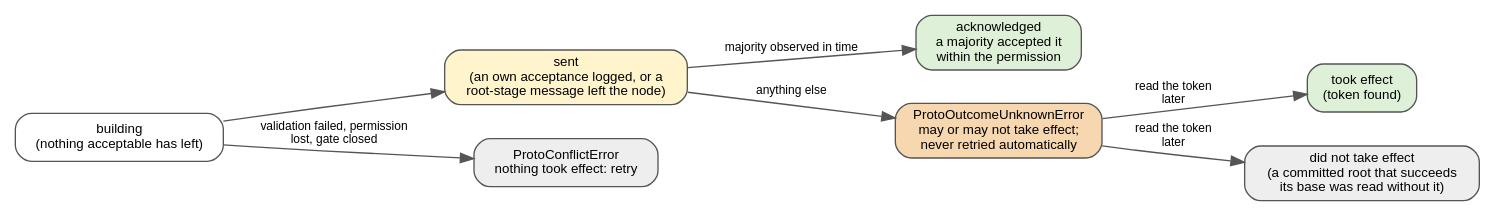
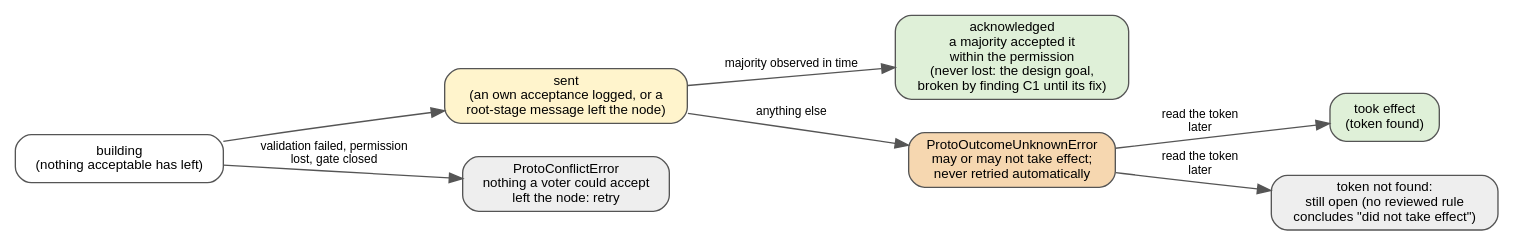
The diagram in docs/source/design-guide/diagrams/unknown-outcome.dot (gamarino/ProtoDB), drawn with Graphviz before and after one commit. The commit also changed 20 other files, not shown here.

```diff
--- a/docs/source/design-guide/diagrams/unknown-outcome.dot
+++ b/docs/source/design-guide/diagrams/unknown-outcome.dot
@@ -1,22 +1,23 @@
 // The outcomes of a cluster commit (D46, D50, D55 H7, R86).
 // Render: dot -Tsvg unknown-outcome.dot -o unknown-outcome.svg
+// TODO(C1-fix): drop the C1 note on "acknowledged" once the fix is merged.
 digraph outcome {
   graph [rankdir=LR, fontname="Helvetica", fontsize=11, nodesep=0.35, ranksep=0.55];
   node  [fontname="Helvetica", fontsize=10, shape=box, style="rounded,filled", fillcolor="#ffffff", color="#555555"];
   edge  [fontname="Helvetica", fontsize=9, color="#555555"];
 
   build   [label="building\n(nothing acceptable has left)"];
   sent    [label="sent\n(an own acceptance logged, or a\nroot-stage message left the node)", fillcolor="#fff4cc"];
-  conflict[label="ProtoConflictError\nnothing took effect: retry", fillcolor="#eeeeee"];
-  acked   [label="acknowledged\na majority accepted it\nwithin the permission", fillcolor="#dff0d8"];
+  conflict[label="ProtoConflictError\nnothing a voter could accept\nleft the node: retry", fillcolor="#eeeeee"];
+  acked   [label="acknowledged\na majority accepted it\nwithin the permission\n(never lost: the design goal,\nbroken by finding C1 until its fix)", fillcolor="#dff0d8"];
   unknown [label="ProtoOutcomeUnknownError\nmay or may not take effect;\nnever retried automatically", fillcolor="#f6d7b0"];
   yes     [label="took effect\n(token found)", fillcolor="#dff0d8"];
-  no      [label="did not take effect\n(a committed root that succeeds\nits base was read without it)", fillcolor="#eeeeee"];
+  open    [label="token not found:\nstill open (no reviewed rule\nconcludes \"did not take effect\")", fillcolor="#eeeeee"];
 
   build -> conflict [label="validation failed, permission\nlost, gate closed"];
   build -> sent;
   sent -> acked     [label="majority observed in time"];
   sent -> unknown   [label="anything else"];
   unknown -> yes    [label="read the token\nlater"];
-  unknown -> no     [label="read the token\nlater"];
+  unknown -> open   [label="read the token\nlater"];
 }
```
